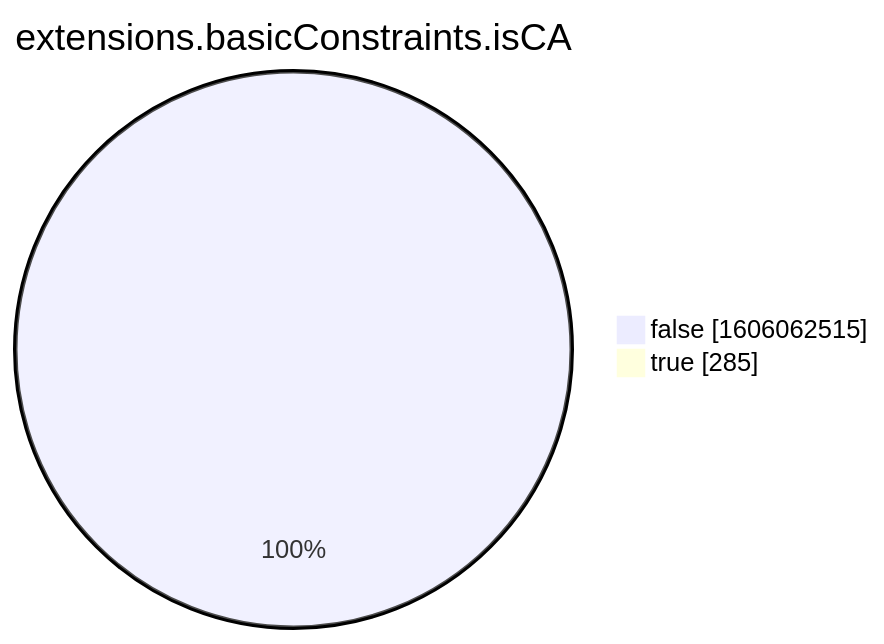
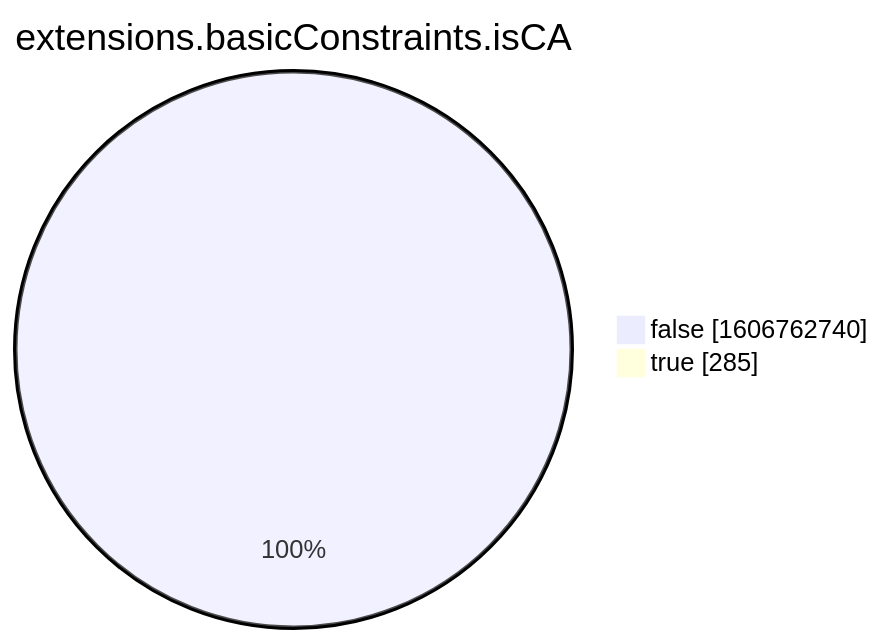
Before and after one commit to christiankrug/ctmonitor_visualization: the eighth of 15 diagrams in xenon2022/README.md, drawn with Mermaid. The commit also changed other lines of this file, not shown here.

````diff
--- a/xenon2022/README.md
+++ b/xenon2022/README.md
@@ -2862,6 +2862,6 @@
 ```mermaid
 pie showData
 title extensions.basicConstraints.isCA
-"false" :1606062515
+"false" :1606762740
 "true" :285
 ```
````
